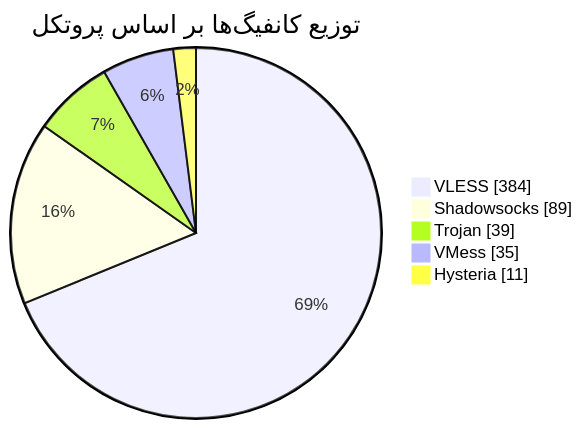
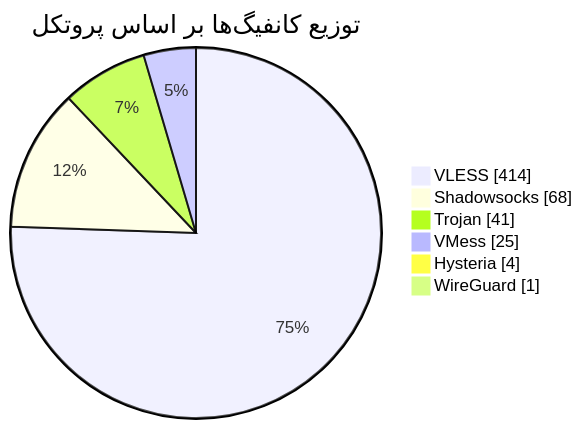
One commit to Arian-Alijani/Somthing changed the diagram in README.md. Above: the diagram before and after it, drawn with Mermaid. The commit also changed other lines of this file and 91 other files, not shown here.

````diff
--- a/README.md
+++ b/README.md
@@ -47,9 +48,10 @@
 ```mermaid
 pie showData
     title توزیع کانفیگ‌ها بر اساس پروتکل
-    "VLESS" : 384
-    "Shadowsocks" : 89
-    "Trojan" : 39
-    "VMess" : 35
-    "Hysteria" : 11
+    "VLESS" : 414
+    "Shadowsocks" : 68
+    "Trojan" : 41
+    "VMess" : 25
+    "Hysteria" : 4
+    "WireGuard" : 1
 ```
````
